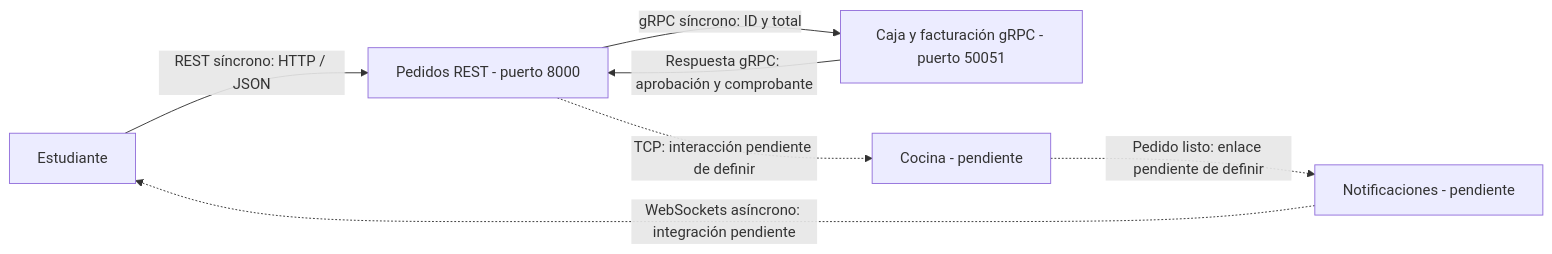
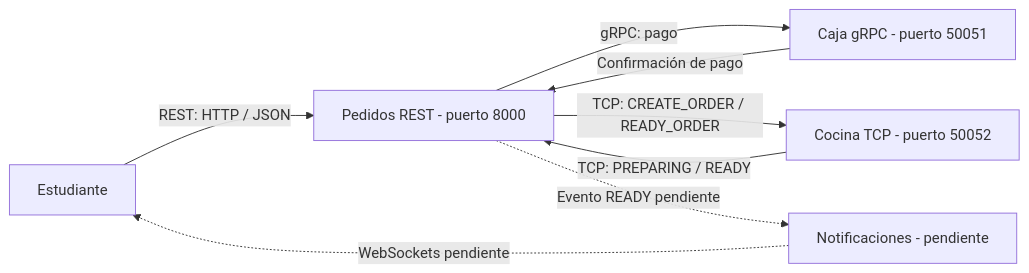
The diagram in docs/mapa-microservicios.md (Josuelv14/sistema-pedidos-distribuidos), drawn with Mermaid before and after one commit. The commit also changed other lines of this file and 10 other files, not shown here.

````diff
--- a/docs/mapa-microservicios.md
+++ b/docs/mapa-microservicios.md
@@ -3,15 +3,16 @@
 ```mermaid
 flowchart LR
     estudiante[Estudiante]
     pedidos[Pedidos REST - puerto 8000]
-    caja[Caja y facturación gRPC - puerto 50051]
-    cocina[Cocina - pendiente]
+    caja[Caja gRPC - puerto 50051]
+    cocina[Cocina TCP - puerto 50052]
     notificaciones[Notificaciones - pendiente]
 
-    estudiante -->|REST síncrono: HTTP / JSON| pedidos
-    pedidos -->|gRPC síncrono: ID y total| caja
-    caja -->|Respuesta gRPC: aprobación y comprobante| pedidos
-    pedidos -.->|TCP: interacción pendiente de definir| cocina
-    cocina -.->|Pedido listo: enlace pendiente de definir| notificaciones
-    notificaciones -.->|WebSockets asíncrono: integración pendiente| estudiante
+    estudiante -->|REST: HTTP / JSON| pedidos
+    pedidos -->|gRPC: pago| caja
+    caja -->|Confirmación de pago| pedidos
+    pedidos -->|TCP: CREATE_ORDER / READY_ORDER| cocina
+    cocina -->|TCP: PREPARING / READY| pedidos
+    pedidos -.->|Evento READY pendiente| notificaciones
+    notificaciones -.->|WebSockets pendiente| estudiante
 ```
````
